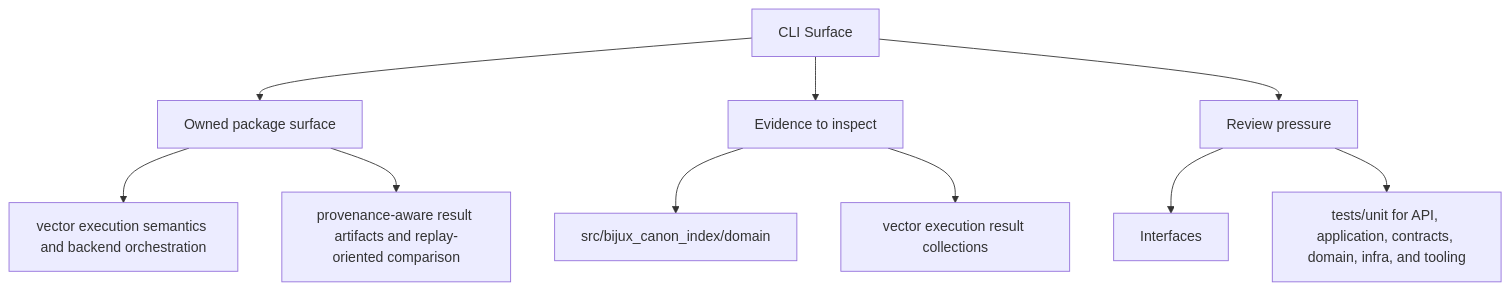
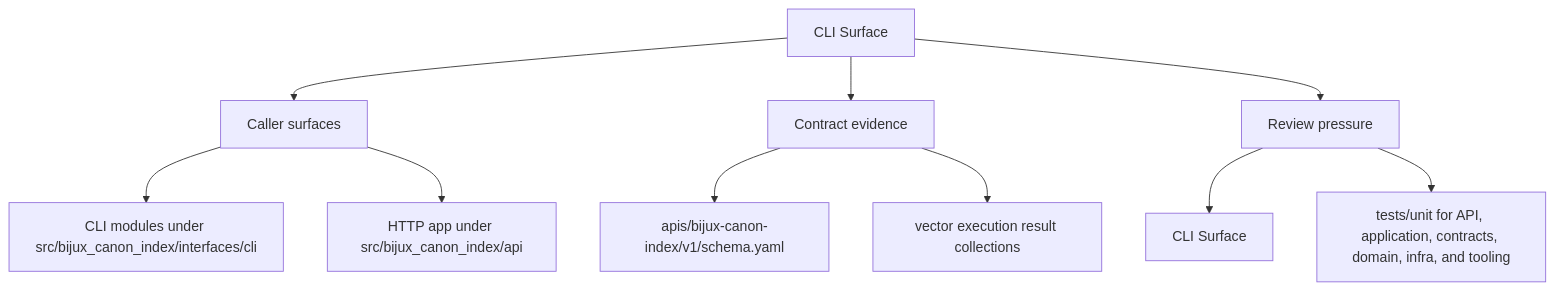
The second of 2 diagrams in docs/bijux-canon-index/interfaces/cli-surface.md (bijux/bijux-canon), drawn with Mermaid before and after one commit. The commit also changed other lines of this file and 250 other files, not shown here.

Commit message:
docs(diagrams): make product page maps more readable

````diff
--- a/docs/bijux-canon-index/interfaces/cli-surface.md
+++ b/docs/bijux-canon-index/interfaces/cli-surface.md
@@ -36,22 +36,22 @@
 ```mermaid
 flowchart TD
     page["CLI Surface"]
-    focus1["Owned package surface"]
+    focus1["Caller surfaces"]
     page --> focus1
-    focus1_1["vector execution semantics and backend orchestration"]
+    focus1_1["CLI modules under src/bijux_canon_index/interfaces/cli"]
     focus1 --> focus1_1
-    focus1_2["provenance-aware result artifacts and replay-oriented comparison"]
+    focus1_2["HTTP app under src/bijux_canon_index/api"]
     focus1 --> focus1_2
-    focus2["Evidence to inspect"]
+    focus2["Contract evidence"]
     page --> focus2
-    focus2_1["src/bijux_canon_index/domain"]
+    focus2_1["apis/bijux-canon-index/v1/schema.yaml"]
     focus2 --> focus2_1
     focus2_2["vector execution result collections"]
     focus2 --> focus2_2
     focus3["Review pressure"]
     page --> focus3
-    focus3_1["Interfaces"]
+    focus3_1["CLI Surface"]
     focus3 --> focus3_1
     focus3_2["tests/unit for API, application, contracts, domain, infra, and tooling"]
     focus3 --> focus3_2
 ```
````
